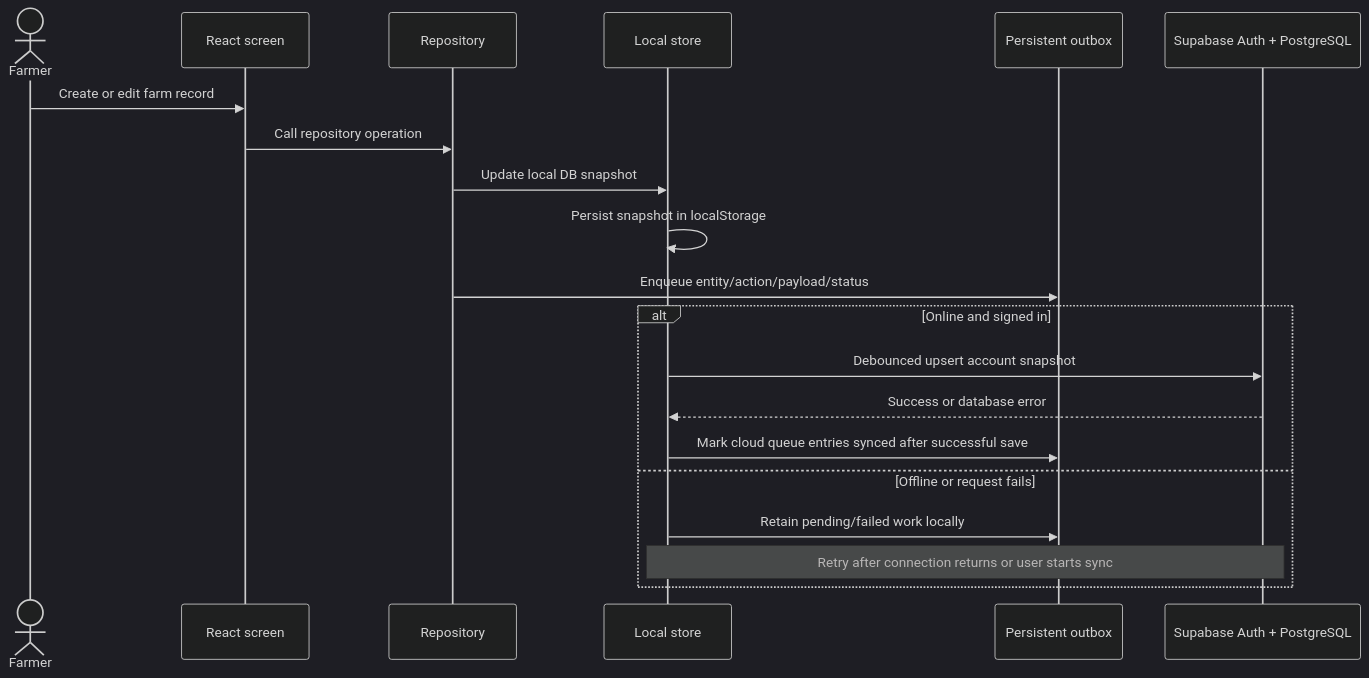
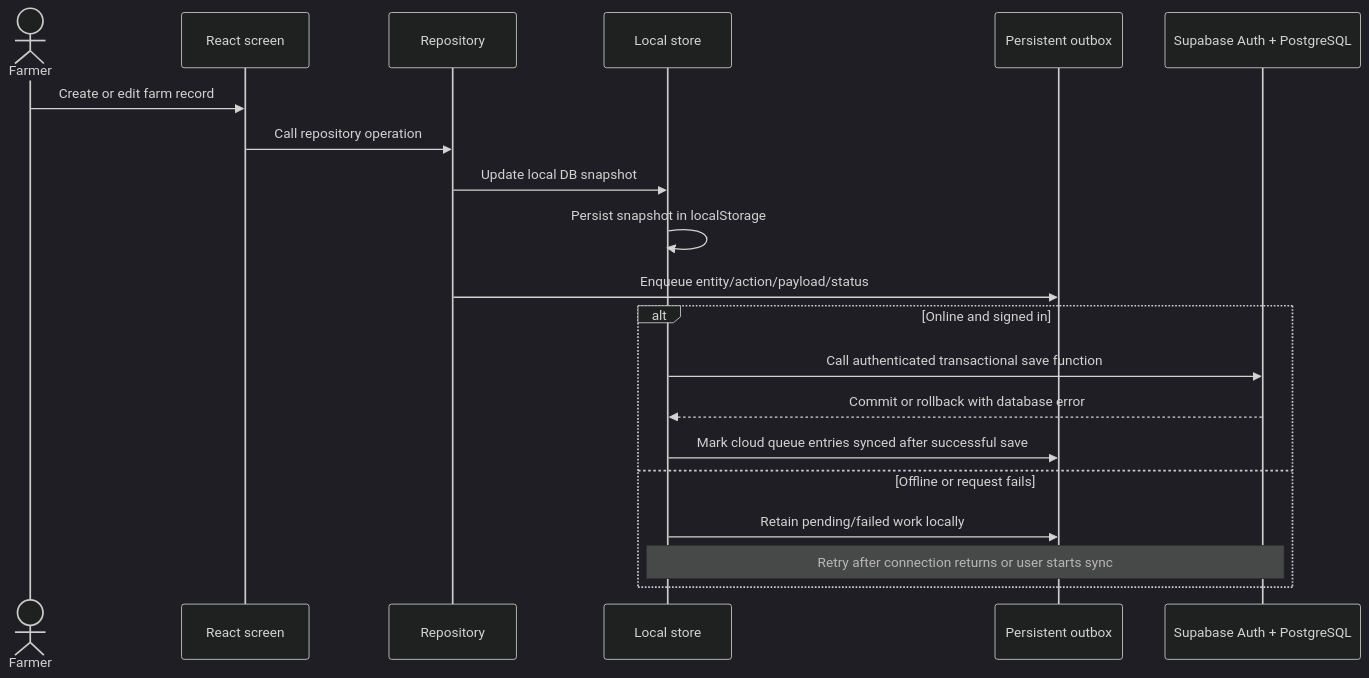
The second of 2 diagrams in PROJECT_DOCUMENTATION.md (Kurttyyy/AgriSync-app), drawn with Mermaid (dark theme) before and after one commit. The commit also changed other lines of this file and 9 other files, not shown here.

````diff
--- a/PROJECT_DOCUMENTATION.md
+++ b/PROJECT_DOCUMENTATION.md
@@ -127,23 +125,23 @@
 ```mermaid
 sequenceDiagram
   actor Farmer
   participant Screen as React screen
   participant Repo as Repository
   participant Store as Local store
   participant Outbox as Persistent outbox
   participant Cloud as Supabase Auth + PostgreSQL
 
   Farmer->>Screen: Create or edit farm record
   Screen->>Repo: Call repository operation
   Repo->>Store: Update local DB snapshot
   Store->>Store: Persist snapshot in localStorage
   Repo->>Outbox: Enqueue entity/action/payload/status
   alt Online and signed in
-    Store->>Cloud: Debounced upsert account snapshot
-    Cloud-->>Store: Success or database error
+    Store->>Cloud: Call authenticated transactional save function
+    Cloud-->>Store: Commit or rollback with database error
     Store->>Outbox: Mark cloud queue entries synced after successful save
   else Offline or request fails
     Store->>Outbox: Retain pending/failed work locally
     Note over Store,Cloud: Retry after connection returns or user starts sync
   end
 ```
````
